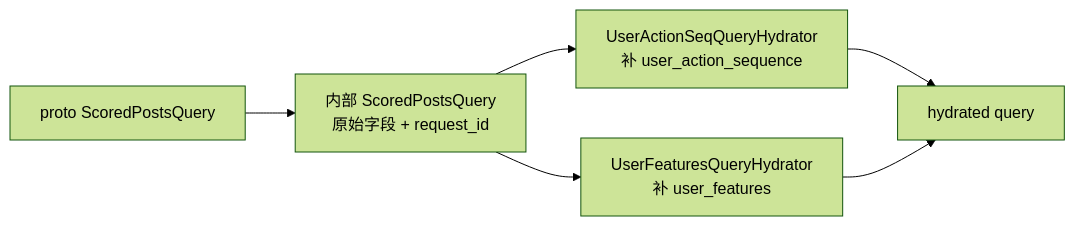
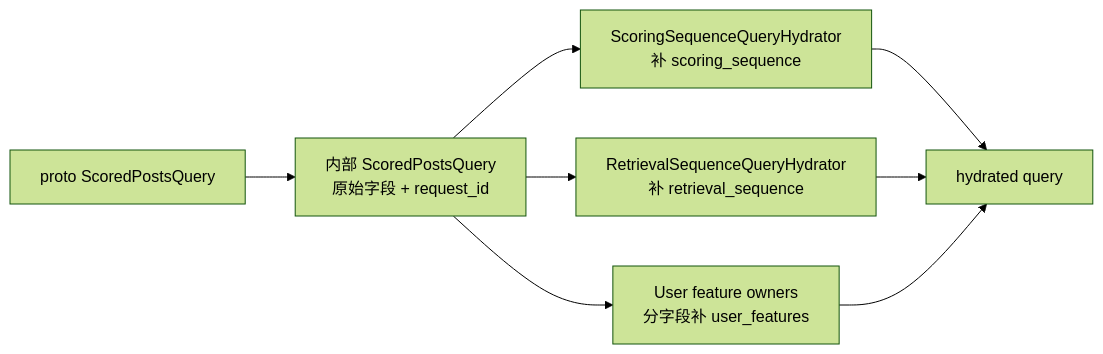
The first of 3 diagrams in docs/home-mixer/03-data-model-and-pipeline.md (freefcw/x-algorithm), drawn with Mermaid (forest theme) before and after one commit. The commit also changed other lines of this file and 24 other files, not shown here.

````diff
--- a/docs/home-mixer/03-data-model-and-pipeline.md
+++ b/docs/home-mixer/03-data-model-and-pipeline.md
@@ -27,8 +27,10 @@
 ```mermaid
 flowchart LR
     A["proto ScoredPostsQuery"] --> B["内部 ScoredPostsQuery<br/>原始字段 + request_id"]
-    B --> C["UserActionSeqQueryHydrator<br/>补 user_action_sequence"]
-    B --> D["UserFeaturesQueryHydrator<br/>补 user_features"]
+    B --> C["ScoringSequenceQueryHydrator<br/>补 scoring_sequence"]
+    B --> D["RetrievalSequenceQueryHydrator<br/>补 retrieval_sequence"]
+    B --> F["User feature owners<br/>分字段补 user_features"]
     C --> E["hydrated query"]
     D --> E
+    F --> E
 ```
````
